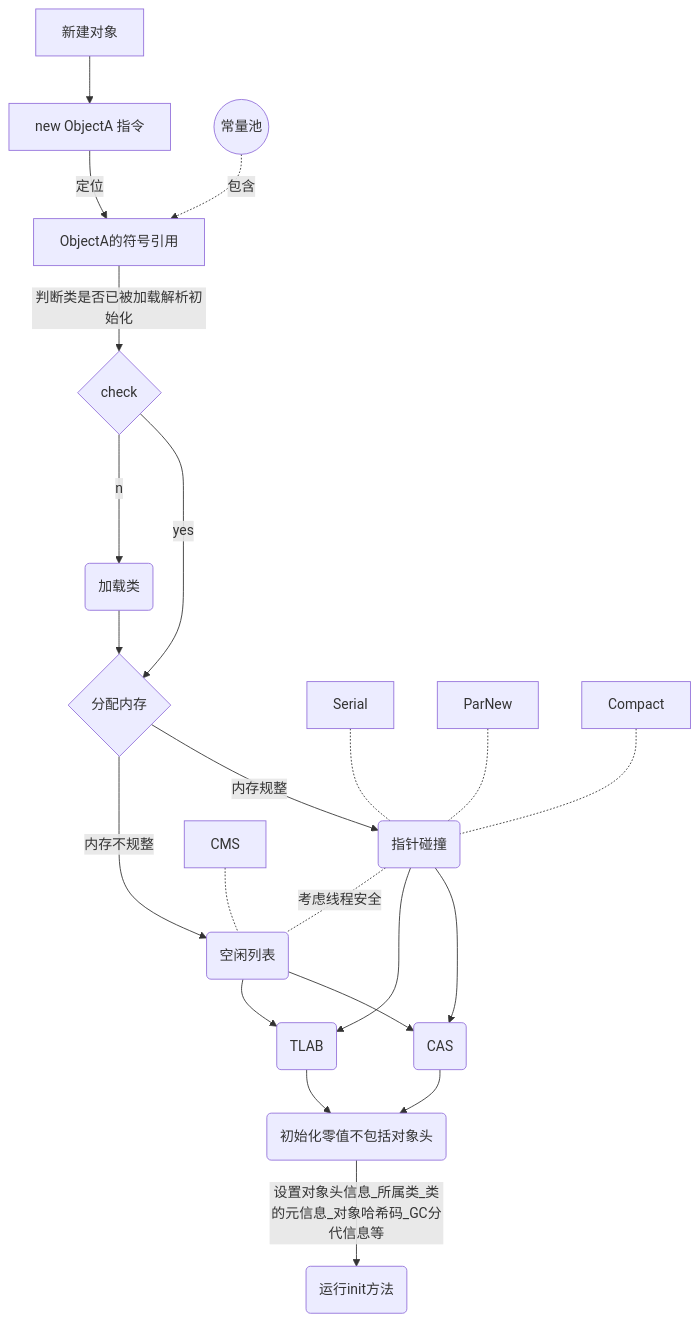
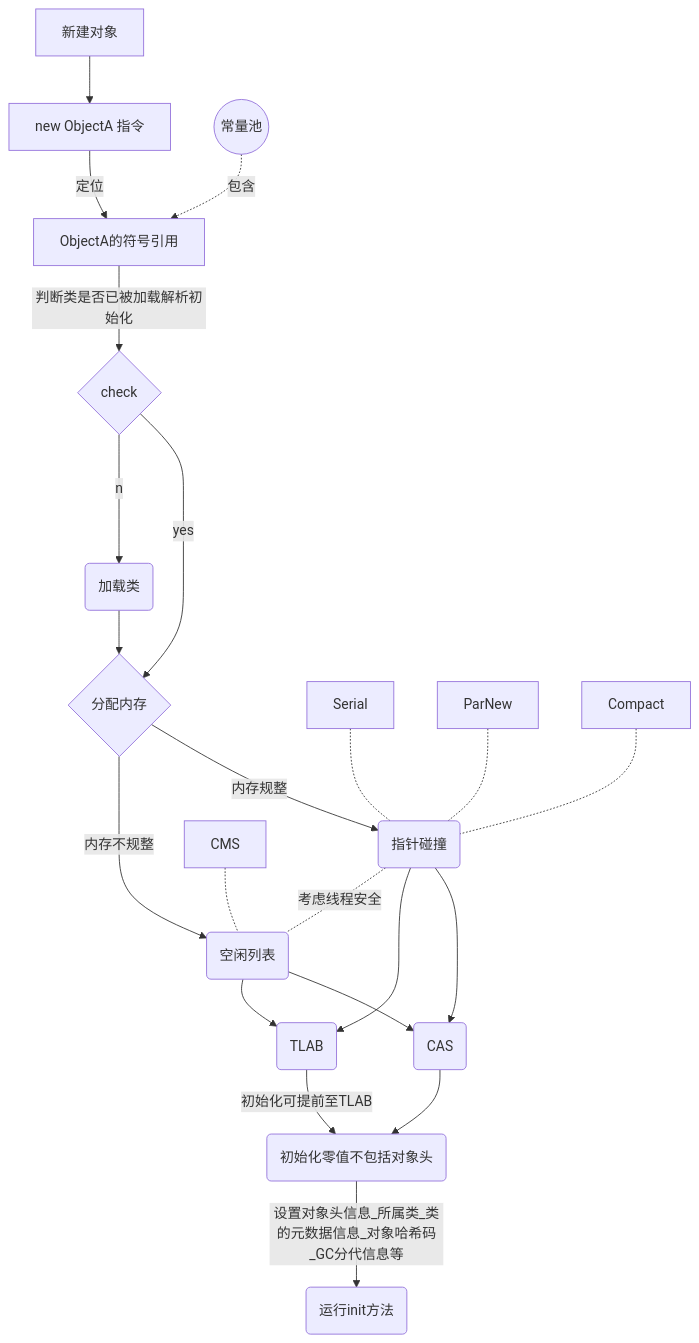
Before and after one commit to 18305169793/java_question_note: the diagram in java内存区域.md, drawn with Mermaid. The commit also changed other lines of this file and 13 other files, not shown here.

````diff
--- a/java内存区域.md
+++ b/java内存区域.md
@@ -39,24 +39,24 @@
 ```mermaid
 graph TD
 id[新建对象]-->id1[new ObjectA]
 id1[new ObjectA 指令]--定位-->id3(ObjectA的符号引用)
 id2((常量池))-.包含.->id3[ObjectA的符号引用]
 id3[ObjectA的符号引用]--判断类是否已被加载解析初始化--> id4{check}
 id4{check}--yes-->id5{分配内存}
 id4{check}--no-->id6(加载类)
 id6-->id5
 id5--内存规整-->id7(指针碰撞)
 id9[Serial]-.-id7
 id10[ParNew]-.-id7
 id11[Compact]-.-id7
 id5--内存不规整-->id8(空闲列表)
 id12[CMS]-.-id8
 id7-->id13(CAS)
 id8-->id13
 id7-->id14(TLAB)
 id8-->id14
 id7-.考虑线程安全.-id8
 id13-->id15(初始化零值不包括对象头)
-id14-->id15
-id15--设置对象头信息_所属类_类的元信息_对象哈希码_GC分代信息等-->id16(运行init方法)
+id14--初始化可提前至TLAB-->id15
+id15--设置对象头信息_所属类_类的元数据信息_对象哈希码_GC分代信息等-->id16(运行init方法)
 ```
````
